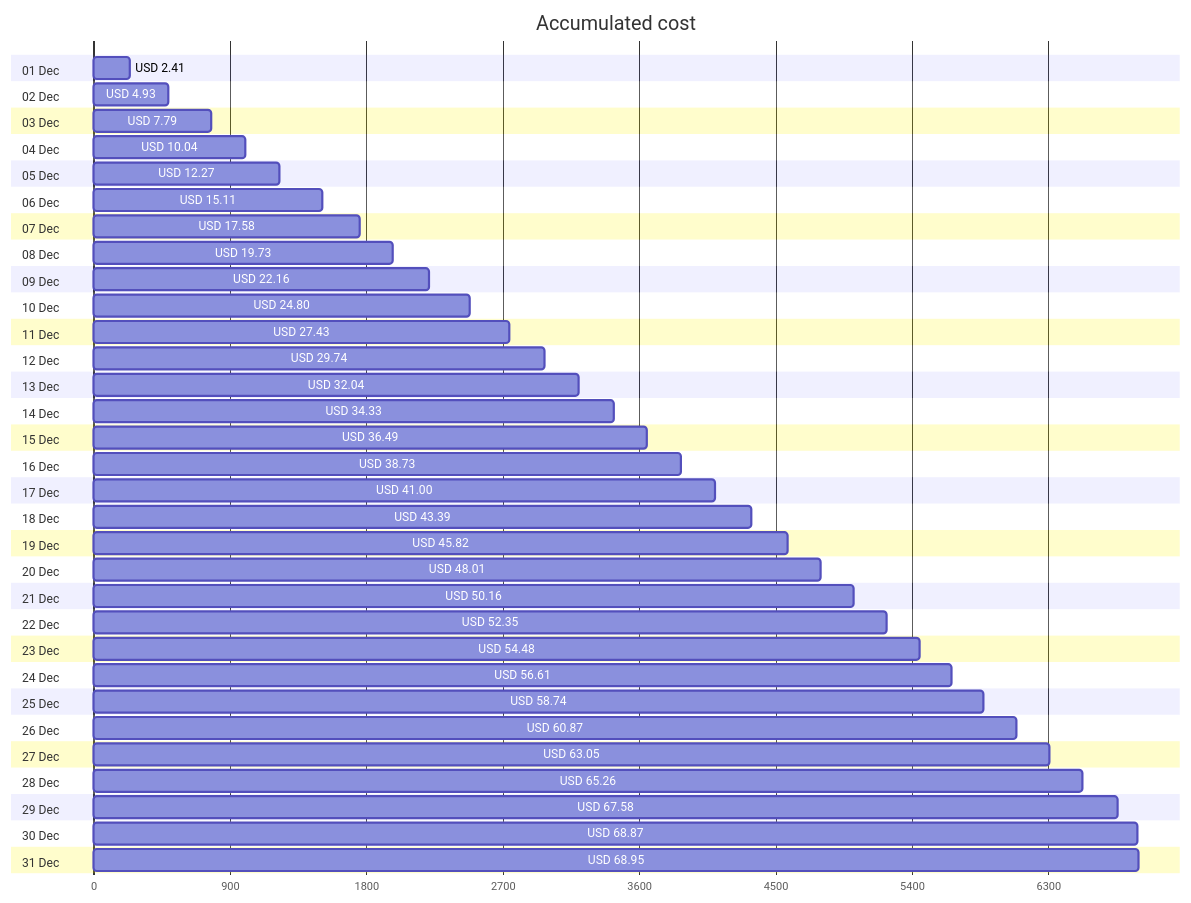
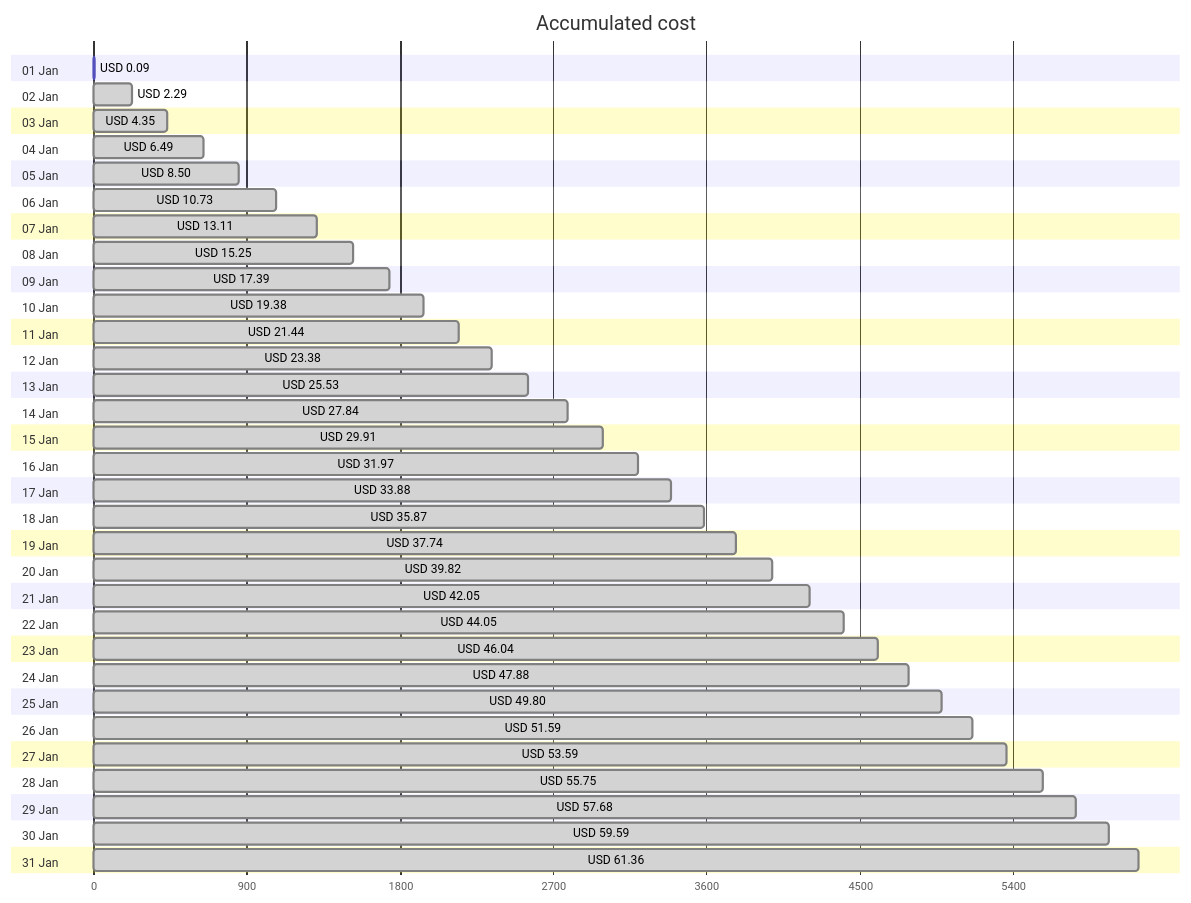
Before and after one commit to jpfulton/azure-personal-reports: the first of 4 diagrams in cost-reports/accumulated-cost.md, drawn with Mermaid. The commit also changed other lines of this file and 4 other files, not shown here.

````diff
--- a/cost-reports/accumulated-cost.md
+++ b/cost-reports/accumulated-cost.md
@@ -20,68 +20,68 @@
 ```mermaid
 gantt
    title Accumulated cost
    dateFormat  X
    axisFormat %s
-   section 01 Dec
-   USD 2.41 :0, 241
-   section 02 Dec
-   USD 4.93 :0, 493
-   section 03 Dec
-   USD 7.79 :0, 779
-   section 04 Dec
-   USD 10.04 :0, 1004
-   section 05 Dec
-   USD 12.27 :0, 1227
-   section 06 Dec
-   USD 15.11 :0, 1511
-   section 07 Dec
-   USD 17.58 :0, 1758
-   section 08 Dec
-   USD 19.73 :0, 1973
-   section 09 Dec
-   USD 22.16 :0, 2216
-   section 10 Dec
-   USD 24.80 :0, 2480
-   section 11 Dec
-   USD 27.43 :0, 2743
-   section 12 Dec
-   USD 29.74 :0, 2974
-   section 13 Dec
-   USD 32.04 :0, 3204
-   section 14 Dec
-   USD 34.33 :0, 3433
-   section 15 Dec
-   USD 36.49 :0, 3649
-   section 16 Dec
-   USD 38.73 :0, 3873
-   section 17 Dec
-   USD 41.00 :0, 4100
-   section 18 Dec
-   USD 43.39 :0, 4339
-   section 19 Dec
-   USD 45.82 :0, 4582
-   section 20 Dec
-   USD 48.01 :0, 4801
-   section 21 Dec
-   USD 50.16 :0, 5016
-   section 22 Dec
-   USD 52.35 :0, 5235
-   section 23 Dec
-   USD 54.48 :0, 5448
-   section 24 Dec
-   USD 56.61 :0, 5661
-   section 25 Dec
-   USD 58.74 :0, 5874
-   section 26 Dec
-   USD 60.87 :0, 6087
-   section 27 Dec
-   USD 63.05 :0, 6305
-   section 28 Dec
-   USD 65.26 :0, 6526
-   section 29 Dec
-   USD 67.58 :0, 6758
-   section 30 Dec
-   USD 68.87 :0, 6887
-   section 31 Dec
-   USD 68.95 :0, 6895
+   section 01 Jan
+   USD 0.09 :0, 9
+   section 02 Jan
+   USD 2.29 : done, 0, 229
+   section 03 Jan
+   USD 4.35 : done, 0, 435
+   section 04 Jan
+   USD 6.49 : done, 0, 649
+   section 05 Jan
+   USD 8.50 : done, 0, 850
+   section 06 Jan
+   USD 10.73 : done, 0, 1073
+   section 07 Jan
+   USD 13.11 : done, 0, 1311
+   section 08 Jan
+   USD 15.25 : done, 0, 1525
+   section 09 Jan
+   USD 17.39 : done, 0, 1739
+   section 10 Jan
+   USD 19.38 : done, 0, 1938
+   section 11 Jan
+   USD 21.44 : done, 0, 2144
+   section 12 Jan
+   USD 23.38 : done, 0, 2338
+   section 13 Jan
+   USD 25.53 : done, 0, 2553
+   section 14 Jan
+   USD 27.84 : done, 0, 2784
+   section 15 Jan
+   USD 29.91 : done, 0, 2991
+   section 16 Jan
+   USD 31.97 : done, 0, 3197
+   section 17 Jan
+   USD 33.88 : done, 0, 3388
+   section 18 Jan
+   USD 35.87 : done, 0, 3587
+   section 19 Jan
+   USD 37.74 : done, 0, 3774
+   section 20 Jan
+   USD 39.82 : done, 0, 3982
+   section 21 Jan
+   USD 42.05 : done, 0, 4205
+   section 22 Jan
+   USD 44.05 : done, 0, 4405
+   section 23 Jan
+   USD 46.04 : done, 0, 4604
+   section 24 Jan
+   USD 47.88 : done, 0, 4788
+   section 25 Jan
+   USD 49.80 : done, 0, 4980
+   section 26 Jan
+   USD 51.59 : done, 0, 5159
+   section 27 Jan
+   USD 53.59 : done, 0, 5359
+   section 28 Jan
+   USD 55.75 : done, 0, 5575
+   section 29 Jan
+   USD 57.68 : done, 0, 5768
+   section 30 Jan
+   USD 59.59 : done, 0, 5959
+   section 31 Jan
+   USD 61.36 : done, 0, 6136
 ```
````
